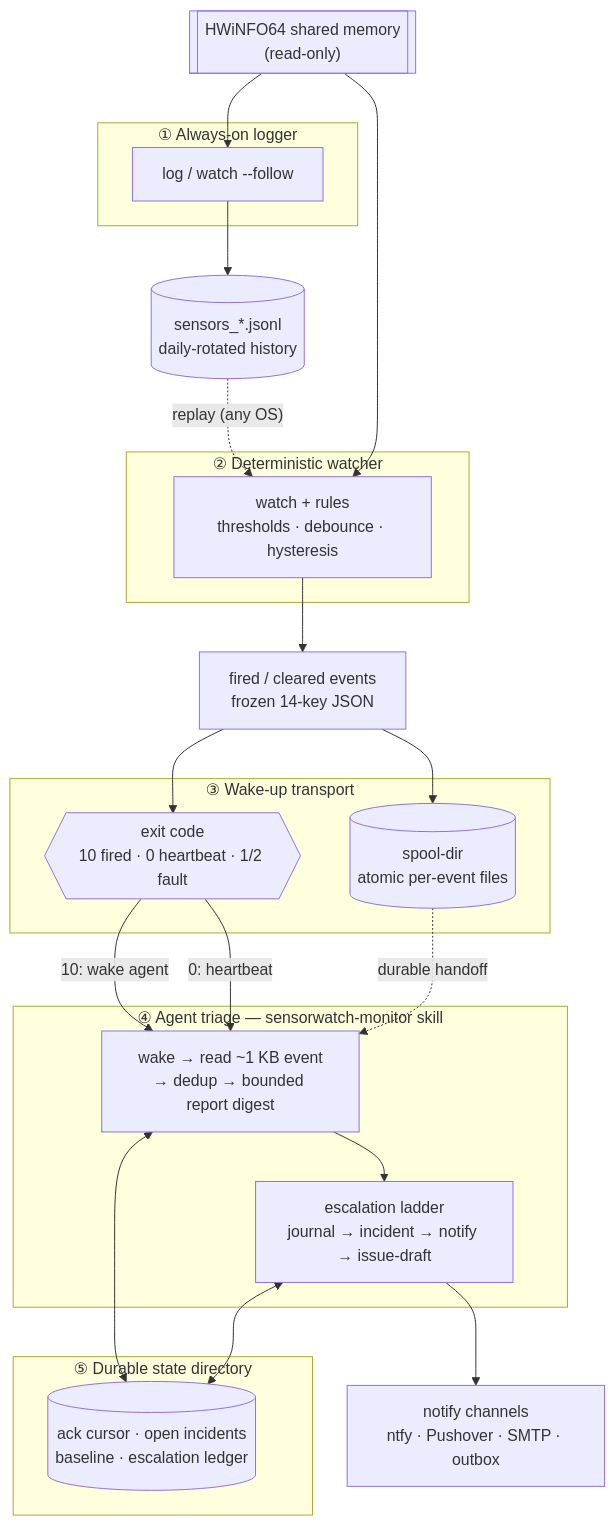
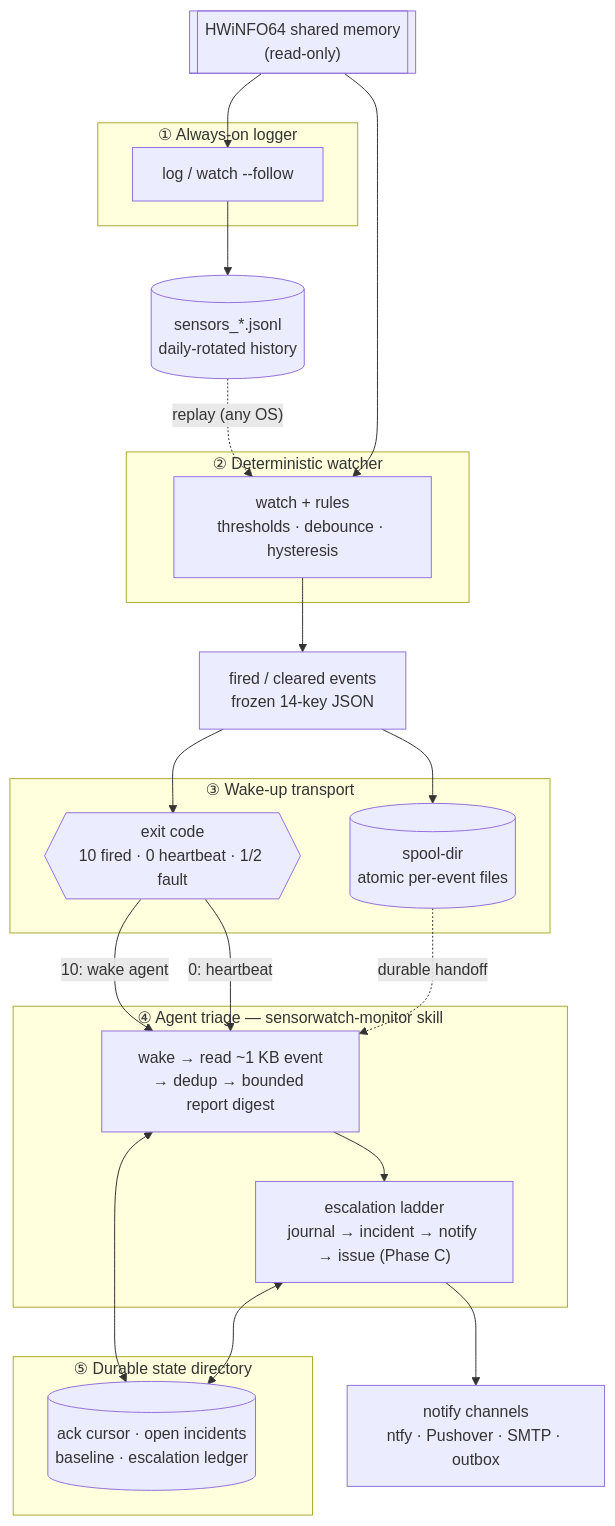
Before and after one commit to lcjanke2020/sensorwatch: the diagram in README.md, drawn with Mermaid. The commit also changed other lines of this file and 4 other files, not shown here.

````diff
--- a/README.md
+++ b/README.md
@@ -563,43 +571,43 @@
 ```mermaid
 flowchart TD
     HW[["HWiNFO64 shared memory<br/>(read-only)"]]
 
     subgraph L1["① Always-on logger"]
         LOG["log / watch --follow"]
     end
     JSONL[("sensors_*.jsonl<br/>daily-rotated history")]
 
     subgraph L2["② Deterministic watcher"]
         WATCH["watch + rules<br/>thresholds · debounce · hysteresis"]
     end
     EV["fired / cleared events<br/>frozen 14-key JSON"]
 
     subgraph L3["③ Wake-up transport"]
         EXIT{{"exit code<br/>10 fired · 0 heartbeat · 1/2 fault"}}
         SPOOL[("spool-dir<br/>atomic per-event files")]
     end
 
     subgraph L4["④ Agent triage — sensorwatch-monitor skill"]
         TRIAGE["wake → read ~1 KB event<br/>→ dedup → bounded report digest"]
-        LADDER["escalation ladder<br/>journal → incident → notify → issue-draft"]
+        LADDER["escalation ladder<br/>journal → incident → notify → issue (Phase C)"]
     end
 
     subgraph L5["⑤ Durable state directory"]
         STATE[("ack cursor · open incidents<br/>baseline · escalation ledger")]
     end
 
     NOTIFY["notify channels<br/>ntfy · Pushover · SMTP · outbox"]
 
     HW --> LOG --> JSONL
     JSONL -. "replay (any OS)" .-> WATCH
     HW --> WATCH
     WATCH --> EV --> EXIT
     EV --> SPOOL
     EXIT -- "10: wake agent" --> TRIAGE
     EXIT -- "0: heartbeat" --> TRIAGE
     SPOOL -. durable handoff .-> TRIAGE
     TRIAGE --> LADDER
     LADDER --> NOTIFY
     TRIAGE <--> STATE
     LADDER <--> STATE
 ```
````
